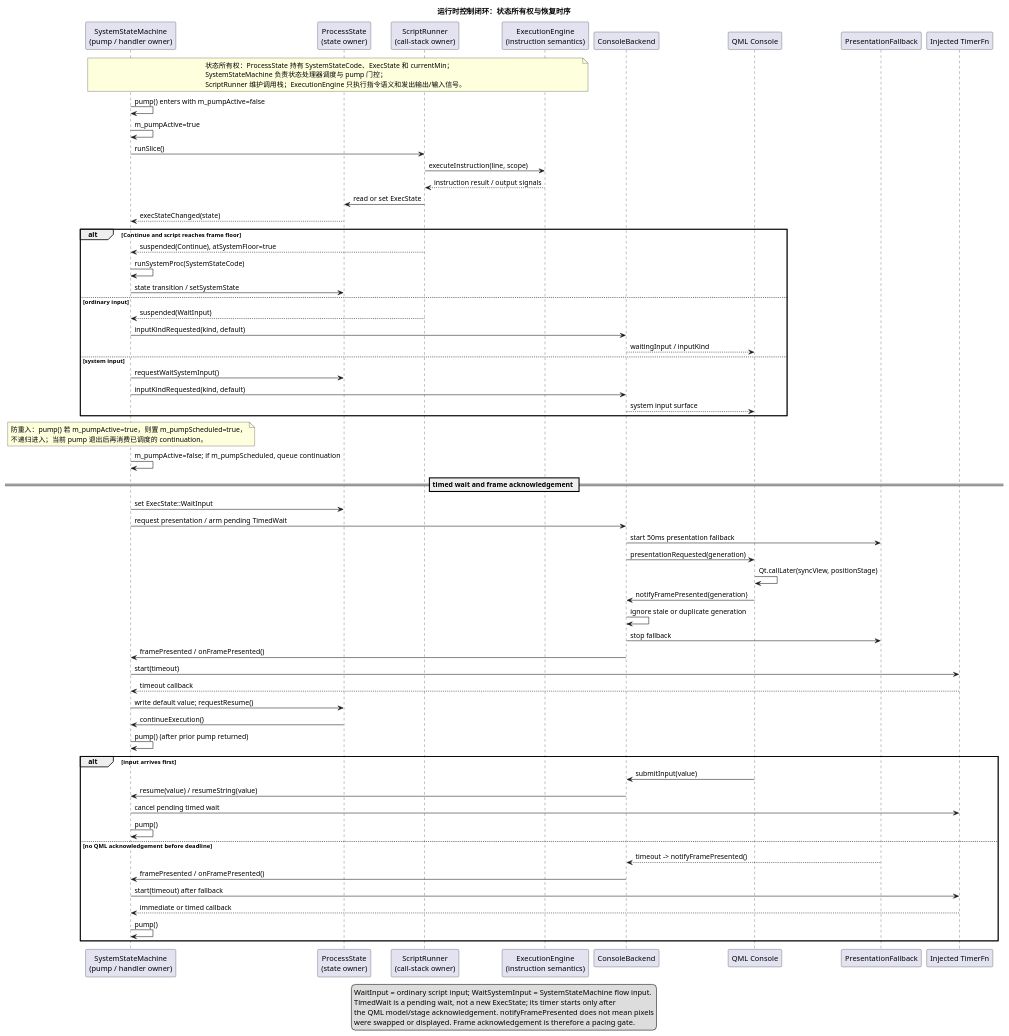
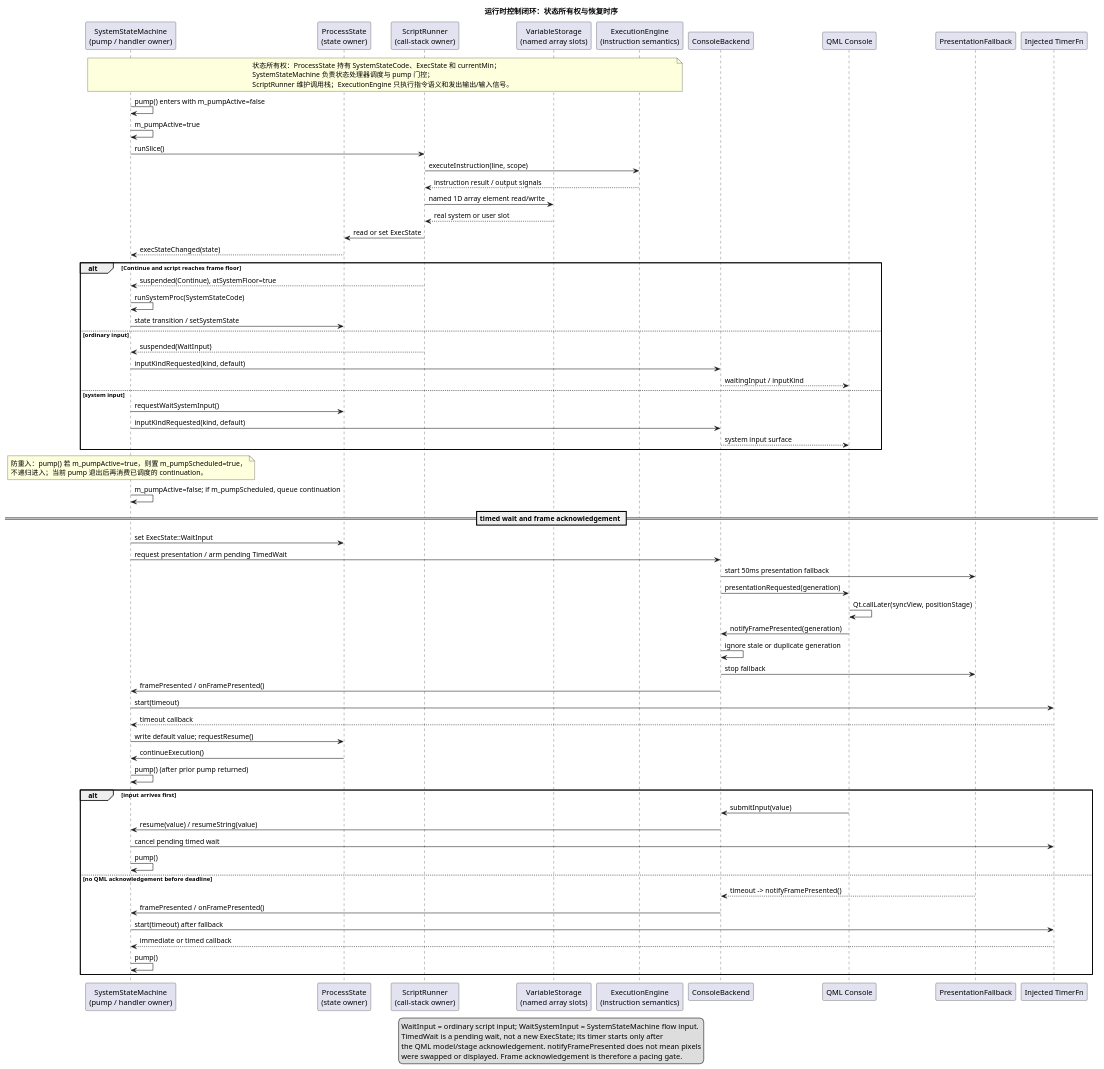
Before and after one commit to yigekuyou/qt-eraemu: the diagram in docs/uml/13-runtime-control-loop.puml, drawn with PlantUML. The commit also changed 9 other files, not shown here.

```diff
--- a/docs/uml/13-runtime-control-loop.puml
+++ b/docs/uml/13-runtime-control-loop.puml
@@ -1,87 +1,90 @@
 @startuml 13-runtime-control-loop
 !pragma layout smetana
 ' 运行时控制闭环：状态所有权、pump 防重入、输入等待和帧确认。
 ' 来源：GameProc/system_state_machine.h, process_state.h, script_runner.h,
 '       execution_engine.h, GameView/console_backend.h, qml/Console.qml
 
 title 运行时控制闭环：状态所有权与恢复时序
 
 participant "SystemStateMachine\n(pump / handler owner)" as SSM
 participant "ProcessState\n(state owner)" as PS
 participant "ScriptRunner\n(call-stack owner)" as SR
+participant "VariableStorage\n(named array slots)" as VS
 participant "ExecutionEngine\n(instruction semantics)" as EE
 participant "ConsoleBackend" as CB
 participant "QML Console" as QML
 participant "PresentationFallback" as Fallback
 participant "Injected TimerFn" as Timer
 
 note over SSM,EE
   状态所有权：ProcessState 持有 SystemStateCode、ExecState 和 currentMin；
   SystemStateMachine 负责状态处理器调度与 pump 门控；
   ScriptRunner 维护调用栈；ExecutionEngine 只执行指令语义和发出输出/输入信号。
 end note
 
 SSM -> SSM : pump() enters with m_pumpActive=false
 SSM -> SSM : m_pumpActive=true
 SSM -> SR : runSlice()
 SR -> EE : executeInstruction(line, scope)
 EE --> SR : instruction result / output signals
+SR -> VS : named 1D array element read/write
+VS --> SR : real system or user slot
 SR -> PS : read or set ExecState
 PS --> SSM : execStateChanged(state)
 
 alt Continue and script reaches frame floor
   SR --> SSM : suspended(Continue), atSystemFloor=true
   SSM -> SSM : runSystemProc(SystemStateCode)
   SSM -> PS : state transition / setSystemState
 else ordinary input
   SR --> SSM : suspended(WaitInput)
   SSM -> CB : inputKindRequested(kind, default)
   CB --> QML : waitingInput / inputKind
 else system input
   SSM -> PS : requestWaitSystemInput()
   SSM -> CB : inputKindRequested(kind, default)
   CB --> QML : system input surface
 end
 
 note over SSM
   防重入：pump() 若 m_pumpActive=true，则置 m_pumpScheduled=true，
   不递归进入；当前 pump 退出后再消费已调度的 continuation。
 end note
 SSM -> SSM : m_pumpActive=false; if m_pumpScheduled, queue continuation
 
 == timed wait and frame acknowledgement ==
 SSM -> PS : set ExecState::WaitInput
 SSM -> CB : request presentation / arm pending TimedWait
 CB -> Fallback : start 50ms presentation fallback
 CB -> QML : presentationRequested(generation)
 QML -> QML : Qt.callLater(syncView, positionStage)
 QML -> CB : notifyFramePresented(generation)
 CB -> CB : ignore stale or duplicate generation
 CB -> Fallback : stop fallback
 CB -> SSM : framePresented / onFramePresented()
 SSM -> Timer : start(timeout)
 Timer --> SSM : timeout callback
 SSM -> PS : write default value; requestResume()
 PS -> SSM : continueExecution()
 SSM -> SSM : pump() (after prior pump returned)
 
 alt input arrives first
   QML -> CB : submitInput(value)
   CB -> SSM : resume(value) / resumeString(value)
   SSM -> Timer : cancel pending timed wait
   SSM -> SSM : pump()
 else no QML acknowledgement before deadline
   Fallback --> CB : timeout -> notifyFramePresented()
   CB -> SSM : framePresented / onFramePresented()
   SSM -> Timer : start(timeout) after fallback
   Timer --> SSM : immediate or timed callback
   SSM -> SSM : pump()
 end
 
 legend bottom
   WaitInput = ordinary script input; WaitSystemInput = SystemStateMachine flow input.
   TimedWait is a pending wait, not a new ExecState; its timer starts only after
   the QML model/stage acknowledgement. notifyFramePresented does not mean pixels
   were swapped or displayed. Frame acknowledgement is therefore a pacing gate.
 endlegend
 @enduml
```
